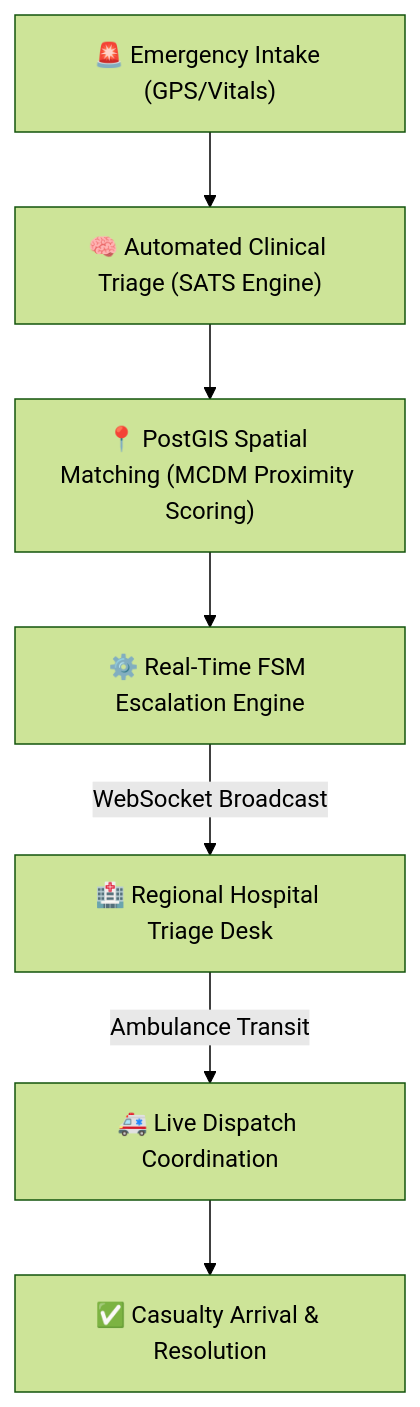
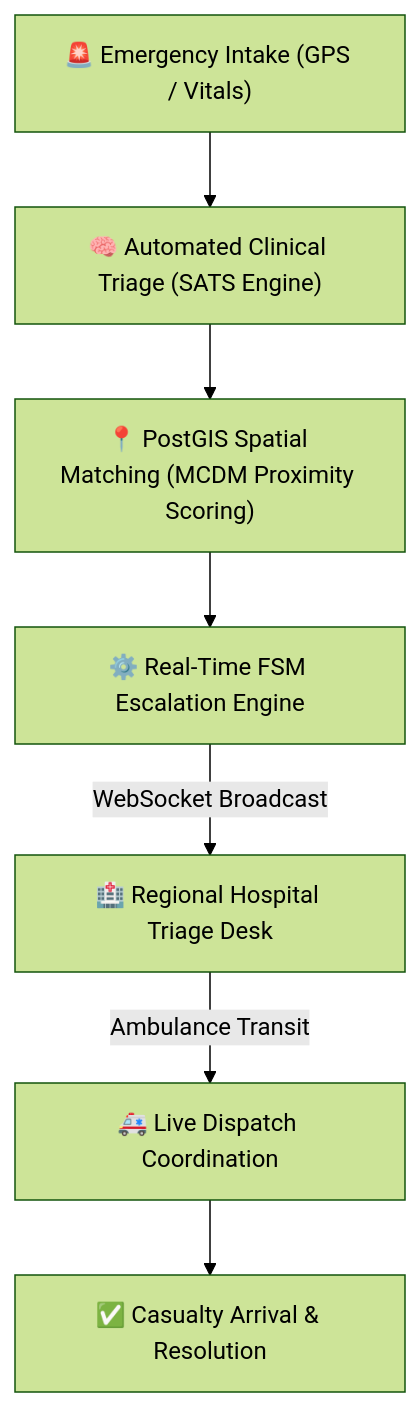
The diagram in README.md (jashan-nagyal4/MedLink), drawn with Mermaid (forest theme) before and after one commit. The commit also changed other lines of this file, not shown here.

````diff
--- a/README.md
+++ b/README.md
@@ -18,9 +24,9 @@
 ```mermaid
 flowchart TD
-    A["🚨 Emergency Intake (GPS/Vitals)"] --> B["🧠 Automated Clinical Triage (SATS Engine)"]
+    A["🚨 Emergency Intake (GPS / Vitals)"] --> B["🧠 Automated Clinical Triage (SATS Engine)"]
     B --> C["📍 PostGIS Spatial Matching (MCDM Proximity Scoring)"]
     C --> D["⚙️ Real-Time FSM Escalation Engine"]
     D -->|"WebSocket Broadcast"| E["🏥 Regional Hospital Triage Desk"]
     E -->|"Ambulance Transit"| F["🚑 Live Dispatch Coordination"]
     F --> G["✅ Casualty Arrival & Resolution"]
 ```
````
